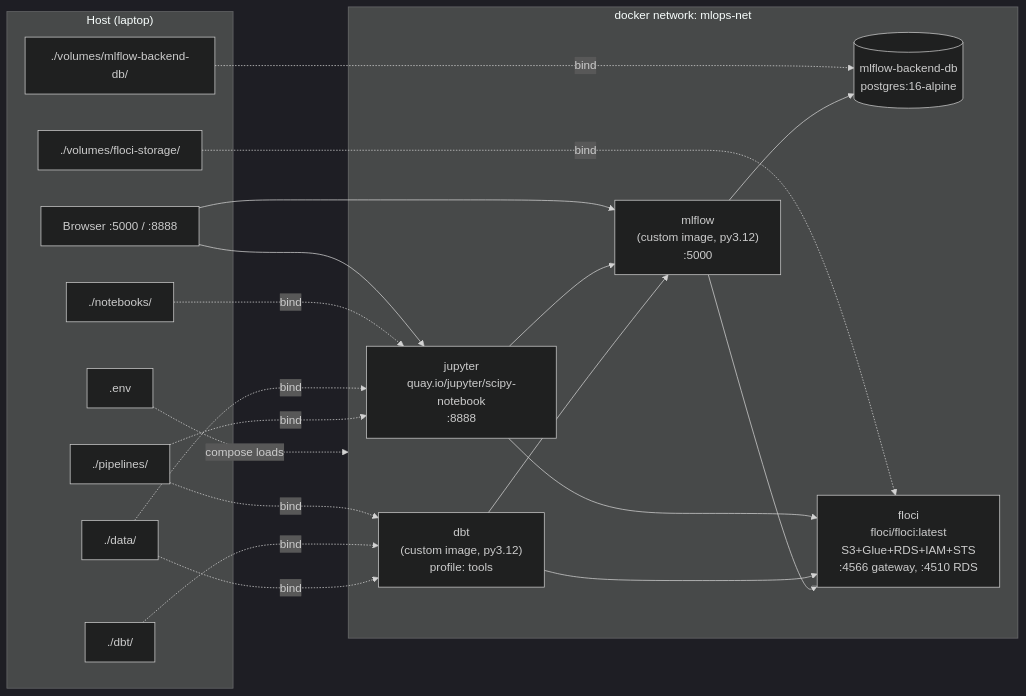
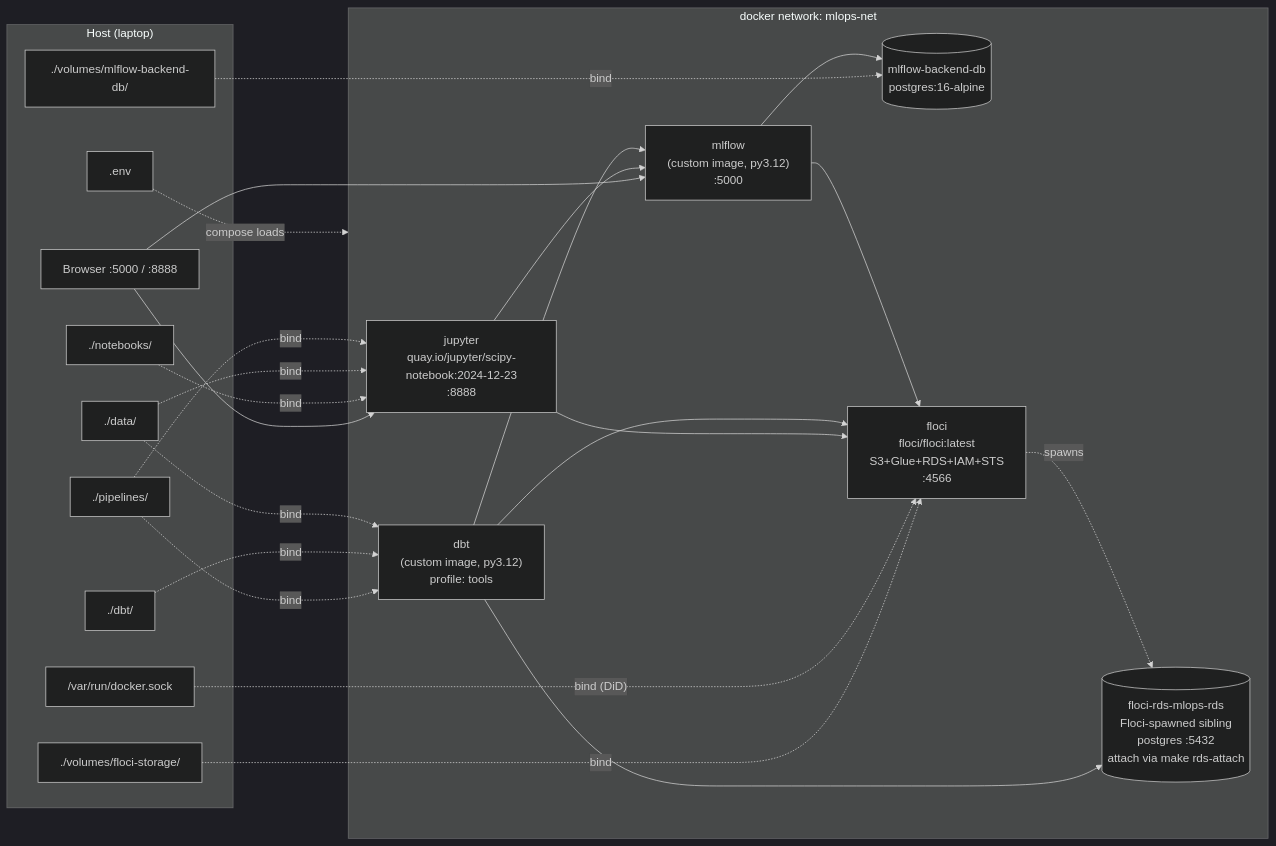
The first of 3 diagrams in README.md (handy-dd18/mlops-local-template), drawn with Mermaid (dark theme) before and after one commit. The commit also changed other lines of this file and 2 other files, not shown here.

````diff
--- a/README.md
+++ b/README.md
@@ -61,42 +63,47 @@
 ```mermaid
 flowchart LR
     subgraph host["Host (laptop)"]
         envfile[".env"]
         rawdata["./data/"]
         notebooks["./notebooks/"]
         pipelines["./pipelines/"]
         dbtdir["./dbt/"]
         volfloci["./volumes/floci-storage/"]
         volpg["./volumes/mlflow-backend-db/"]
+        sock["/var/run/docker.sock"]
         browser["Browser :5000 / :8888"]
     end
 
     subgraph net["docker network: mlops-net"]
-        jupyter["jupyter<br/>quay.io/jupyter/scipy-notebook<br/>:8888"]
+        jupyter["jupyter<br/>quay.io/jupyter/scipy-notebook:2024-12-23<br/>:8888"]
         mlflow["mlflow<br/>(custom image, py3.12)<br/>:5000"]
         mlflowdb[("mlflow-backend-db<br/>postgres:16-alpine")]
-        floci["floci<br/>floci/floci:latest<br/>S3+Glue+RDS+IAM+STS<br/>:4566 gateway, :4510 RDS"]
+        floci["floci<br/>floci/floci:latest<br/>S3+Glue+RDS+IAM+STS<br/>:4566"]
         dbt["dbt<br/>(custom image, py3.12)<br/>profile: tools"]
+        rdssib[("floci-rds-mlops-rds<br/>Floci-spawned sibling<br/>postgres :5432<br/>attach via make rds-attach")]
     end
 
     browser --> jupyter
     browser --> mlflow
 
-    notebooks -.bind.-> jupyter
-    rawdata -.bind.-> jupyter
-    pipelines -.bind.-> jupyter
-    pipelines -.bind.-> dbt
-    dbtdir -.bind.-> dbt
-    rawdata -.bind.-> dbt
-    volfloci -.bind.-> floci
-    volpg -.bind.-> mlflowdb
+    notebooks -. bind .-> jupyter
+    rawdata   -. bind .-> jupyter
+    pipelines -. bind .-> jupyter
+    pipelines -. bind .-> dbt
+    dbtdir    -. bind .-> dbt
+    rawdata   -. bind .-> dbt
+    volfloci  -. bind .-> floci
+    volpg     -. bind .-> mlflowdb
+    sock      -. bind (DiD) .-> floci
 
     jupyter --> mlflow
     jupyter --> floci
-    dbt --> floci
-    dbt --> mlflow
-    mlflow --> mlflowdb
-    mlflow --> floci
+    dbt     --> floci
+    dbt     --> mlflow
+    dbt     --> rdssib
+    mlflow  --> mlflowdb
+    mlflow  --> floci
+    floci   -. spawns .-> rdssib
 
-    envfile -.compose loads.-> net
+    envfile -. compose loads .-> net
 ```
````
